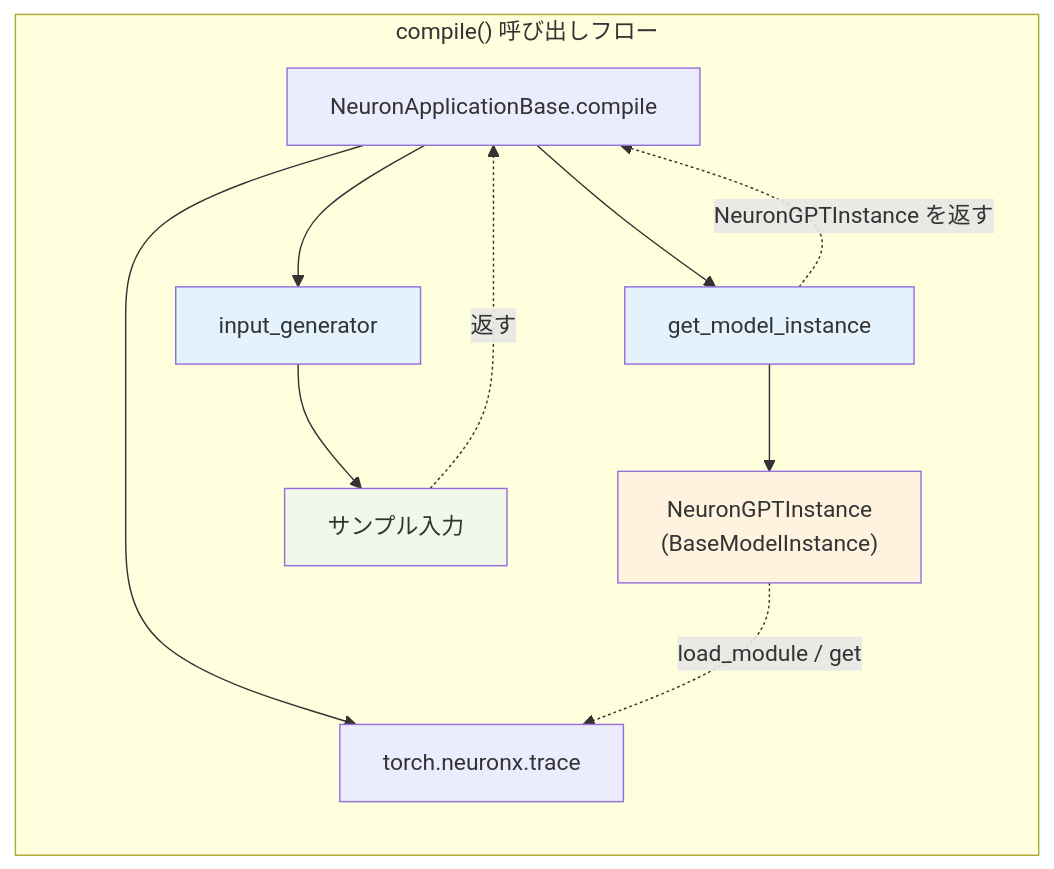
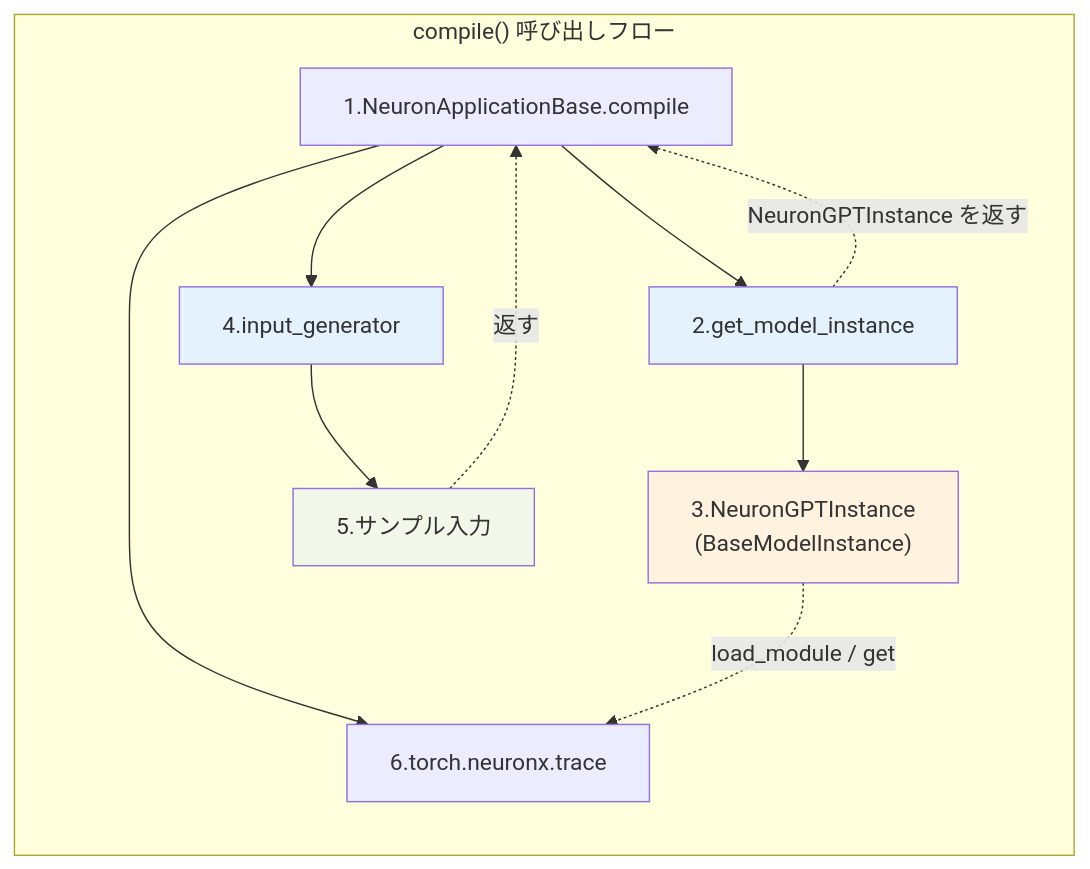
Before and after one commit to littlemex/zenn: the fifth of 6 diagrams in articles/81840c7c10dddd.md, drawn with Mermaid. The commit also changed other lines of this file, not shown here.

````diff
--- a/articles/81840c7c10dddd.md
+++ b/articles/81840c7c10dddd.md
@@ -624,25 +627,25 @@
 ```mermaid
 flowchart LR
     subgraph "compile() 呼び出しフロー"
-        App[NeuronApplicationBase.compile]
-        GMI[get_model_instance]
-        BMI["NeuronGPTInstance<br/>(BaseModelInstance)"]
-        IG[input_generator]
-        Sample[サンプル入力]
-        Trace[torch.neuronx.trace]
+        App["1.NeuronApplicationBase.compile"]
+        GMI["2.get_model_instance"]
+        BMI["3.NeuronGPTInstance<br/>(BaseModelInstance)"]
+        IG["4.input_generator"]
+        Sample["5.サンプル入力"]
+        Trace["6.torch.neuronx.trace"]
     end
 
     App --> GMI
     GMI --> BMI
     GMI -.NeuronGPTInstance を返す.-> App
     App --> IG
     IG --> Sample
     Sample -.返す.-> App
     App --> Trace
     BMI -.load_module / get.-> Trace
 
     style GMI fill:#e3f2fd
     style IG fill:#e3f2fd
     style BMI fill:#fff3e0
     style Sample fill:#f1f8e9
 ```
````
